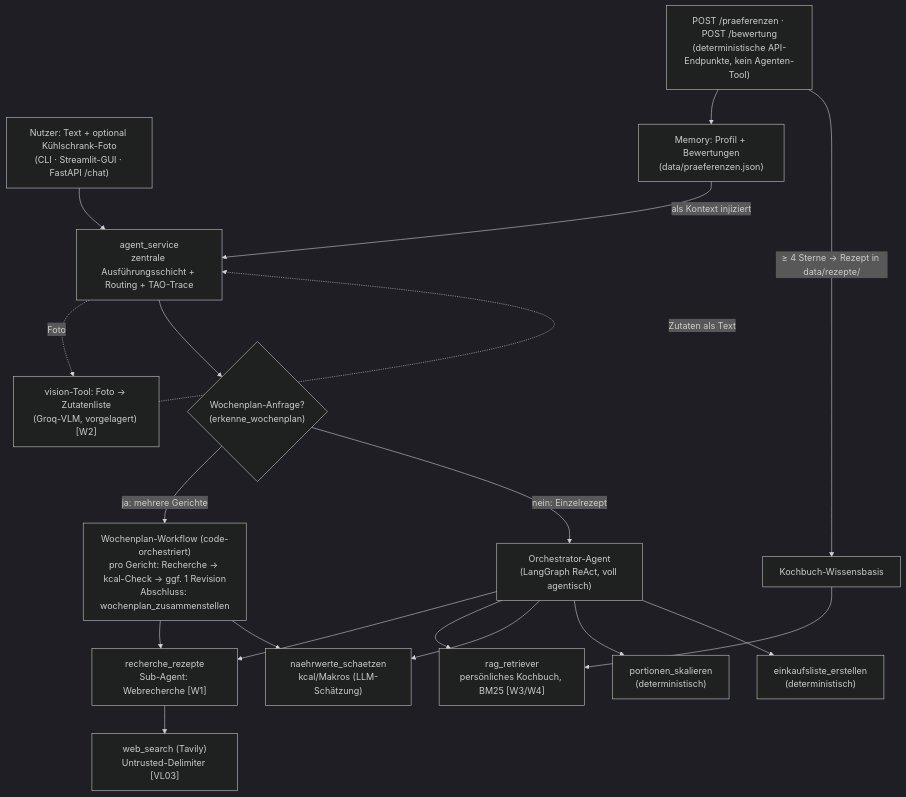
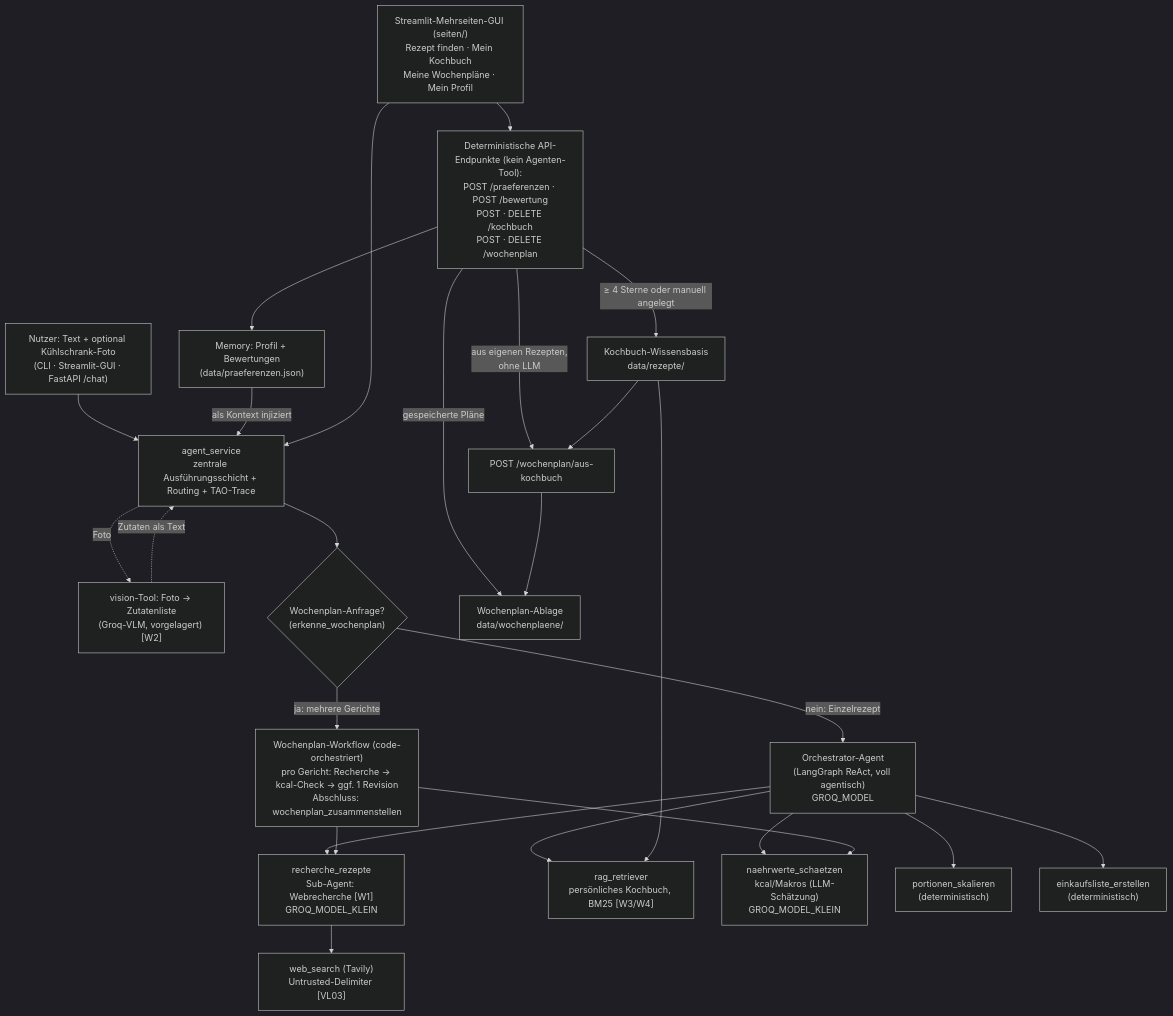
One commit to Benni321/RezeptAgent changed the diagram in docs/PROJEKTDOKU.md. Above: the diagram before and after it, drawn with Mermaid (dark theme). The commit also changed other lines of this file and 33 other files, not shown here.

````diff
--- a/docs/PROJEKTDOKU.md
+++ b/docs/PROJEKTDOKU.md
@@ -54,26 +54,33 @@
 ```mermaid
 flowchart TD
     U["Nutzer: Text + optional Kühlschrank-Foto<br/>(CLI · Streamlit-GUI · FastAPI /chat)"] --> S["agent_service<br/>zentrale Ausführungsschicht + Routing + TAO-Trace"]
     S -. "Foto" .-> VIS["vision-Tool: Foto → Zutatenliste<br/>(Groq-VLM, vorgelagert) [W2]"]
     VIS -. "Zutaten als Text" .-> S
     P["Memory: Profil + Bewertungen<br/>(data/praeferenzen.json)"] -- "als Kontext injiziert" --> S
 
     S --> R{"Wochenplan-Anfrage?<br/>(erkenne_wochenplan)"}
 
     R -- "ja: mehrere Gerichte" --> W["Wochenplan-Workflow (code-orchestriert)<br/>pro Gericht: Recherche → kcal-Check → ggf. 1 Revision<br/>Abschluss: wochenplan_zusammenstellen"]
-    R -- "nein: Einzelrezept" --> O["Orchestrator-Agent<br/>(LangGraph ReAct, voll agentisch)"]
+    R -- "nein: Einzelrezept" --> O["Orchestrator-Agent<br/>(LangGraph ReAct, voll agentisch)<br/>GROQ_MODEL"]
 
-    O --> RA["recherche_rezepte<br/>Sub-Agent: Webrecherche [W1]"]
+    O --> RA["recherche_rezepte<br/>Sub-Agent: Webrecherche [W1]<br/>GROQ_MODEL_KLEIN"]
     W --> RA
     RA --> WS["web_search (Tavily)<br/>Untrusted-Delimiter [VL03]"]
 
     O --> RAG["rag_retriever<br/>persönliches Kochbuch, BM25 [W3/W4]"]
-    O --> NW["naehrwerte_schaetzen<br/>kcal/Makros (LLM-Schätzung)"]
+    O --> NW["naehrwerte_schaetzen<br/>kcal/Makros (LLM-Schätzung)<br/>GROQ_MODEL_KLEIN"]
     W --> NW
     O --> SK["portionen_skalieren<br/>(deterministisch)"]
     O --> EK["einkaufsliste_erstellen<br/>(deterministisch)"]
 
-    API["POST /praeferenzen · POST /bewertung<br/>(deterministische API-Endpunkte, kein Agenten-Tool)"] --> P
-    API -- "≥ 4 Sterne → Rezept in data/rezepte/" --> KB["Kochbuch-Wissensbasis"]
+    API["Deterministische API-Endpunkte (kein Agenten-Tool):<br/>POST /praeferenzen · POST /bewertung<br/>POST · DELETE /kochbuch<br/>POST · DELETE /wochenplan"] --> P
+    API -- "≥ 4 Sterne oder manuell angelegt" --> KB["Kochbuch-Wissensbasis<br/>data/rezepte/"]
+    API -- "gespeicherte Pläne" --> WP["Wochenplan-Ablage<br/>data/wochenplaene/"]
+    API -- "aus eigenen Rezepten,<br/>ohne LLM" --> WPK["POST /wochenplan/aus-kochbuch"]
+    KB --> WPK
+    WPK --> WP
     KB --> RAG
+
+    GUI["Streamlit-Mehrseiten-GUI (seiten/)<br/>Rezept finden · Mein Kochbuch<br/>Meine Wochenpläne · Mein Profil"] --> API
+    GUI --> S
 ```
````
